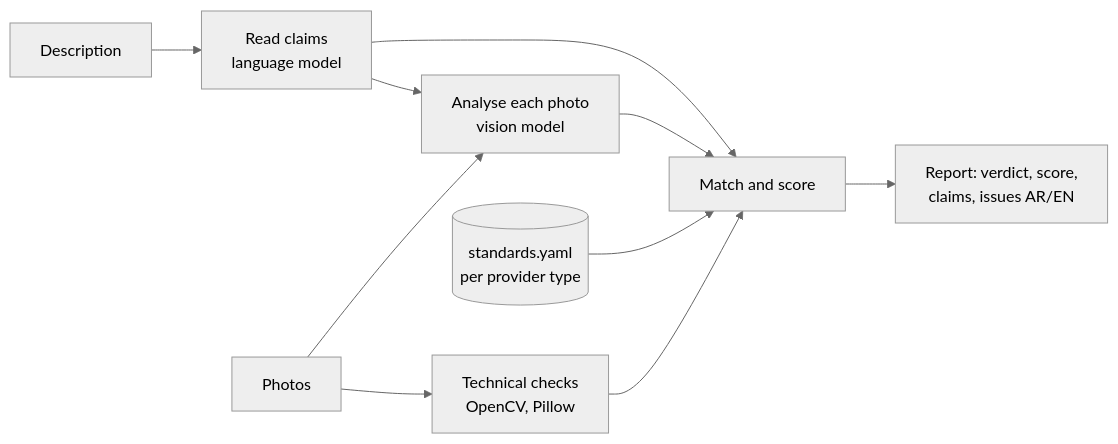
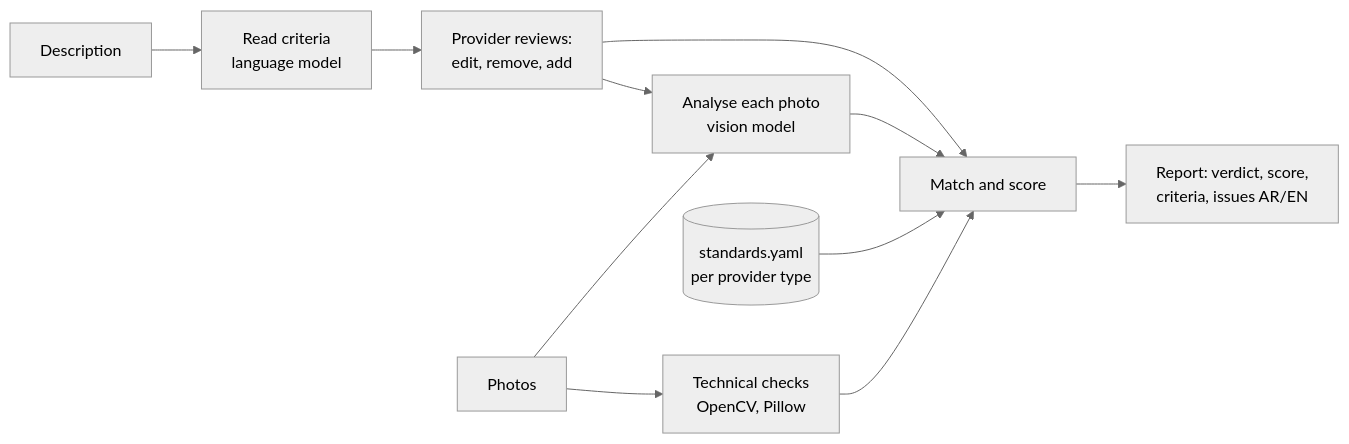
The diagram in README.md (jwaeidalajmi-hue/saudi-partner-listing-validator), drawn with Mermaid (neutral theme) before and after one commit. The commit also changed other lines of this file and 19 other files, not shown here.

````diff
--- a/README.md
+++ b/README.md
@@ -44,12 +49,13 @@
 ```mermaid
 flowchart LR
-  D[Description] --> C[Read claims<br/>language model]
+  D[Description] --> C[Read criteria<br/>language model]
+  C --> E[Provider reviews:<br/>edit, remove, add]
   P[Photos] --> T[Technical checks<br/>OpenCV, Pillow]
   P --> V[Analyse each photo<br/>vision model]
-  C --> V
-  C --> M[Match and score]
+  E --> V
+  E --> M[Match and score]
   V --> M
   T --> M
   S[(standards.yaml<br/>per provider type)] --> M
-  M --> R[Report: verdict, score,<br/>claims, issues AR/EN]
+  M --> R[Report: verdict, score,<br/>criteria, issues AR/EN]
 ```
````
